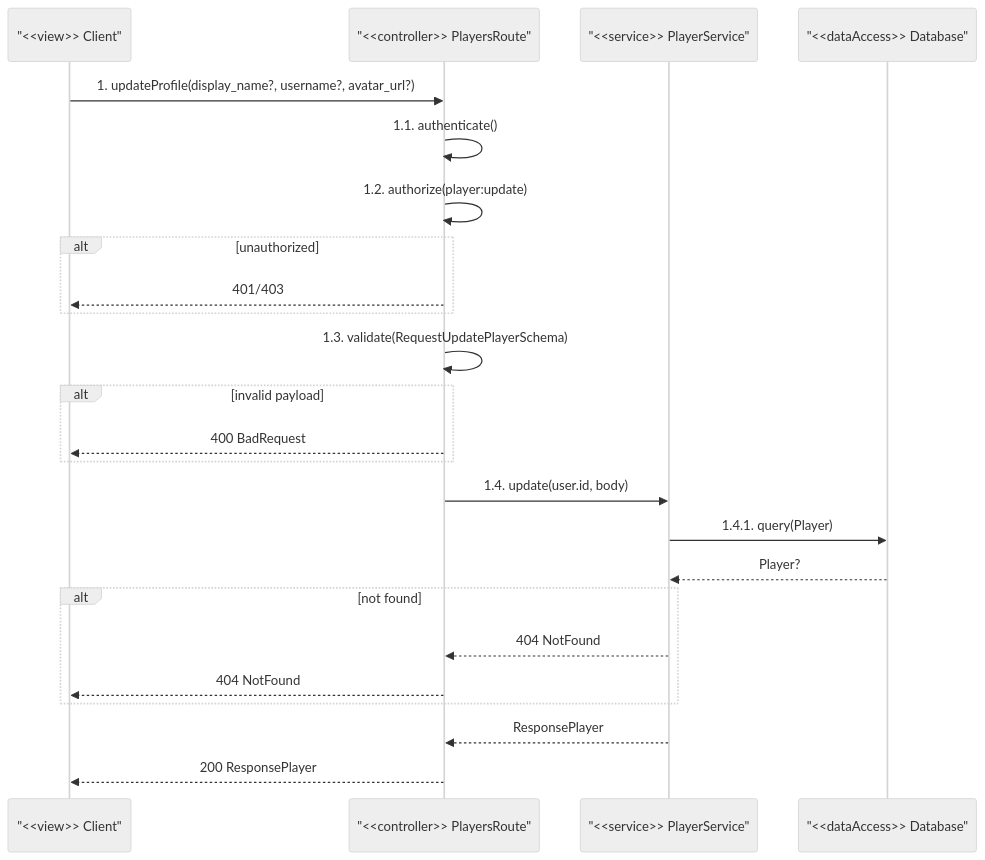
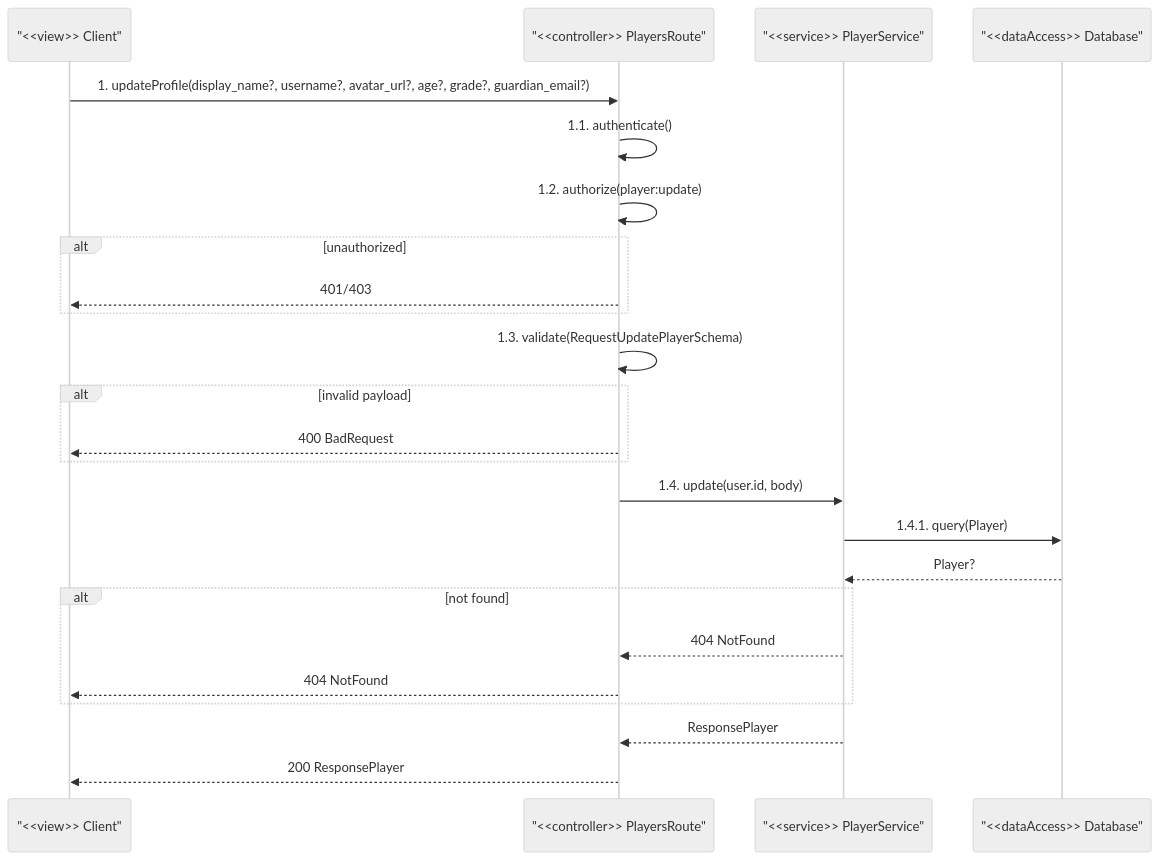
Before and after one commit to christphralden/magic-nugger-app: the second of 3 diagrams in docs/diagrams/players/sequence.md, drawn with Mermaid. The commit also changed other lines of this file and 6 other files, not shown here.

````diff
--- a/docs/diagrams/players/sequence.md
+++ b/docs/diagrams/players/sequence.md
@@ -38,28 +38,28 @@
 ```mermaid
 %%{init: {'theme': 'neutral'}}%%
 sequenceDiagram
     participant C as "<<view>> Client"
     participant R as "<<controller>> PlayersRoute"
     participant PS as "<<service>> PlayerService"
     participant DB as "<<dataAccess>> Database"
 
-    C->>R: 1. updateProfile(display_name?, username?, avatar_url?)
+    C->>R: 1. updateProfile(display_name?, username?, avatar_url?, age?, grade?, guardian_email?)
     R->>R: 1.1. authenticate()
     R->>R: 1.2. authorize(player:update)
     alt unauthorized
         R-->>C: 401/403
     end
     R->>R: 1.3. validate(RequestUpdatePlayerSchema)
     alt invalid payload
         R-->>C: 400 BadRequest
     end
     R->>PS: 1.4. update(user.id, body)
     PS->>DB: 1.4.1. query(Player)
     DB-->>PS: Player?
     alt not found
         PS-->>R: 404 NotFound
         R-->>C: 404 NotFound
     end
     PS-->>R: ResponsePlayer
     R-->>C: 200 ResponsePlayer
 ```
````
